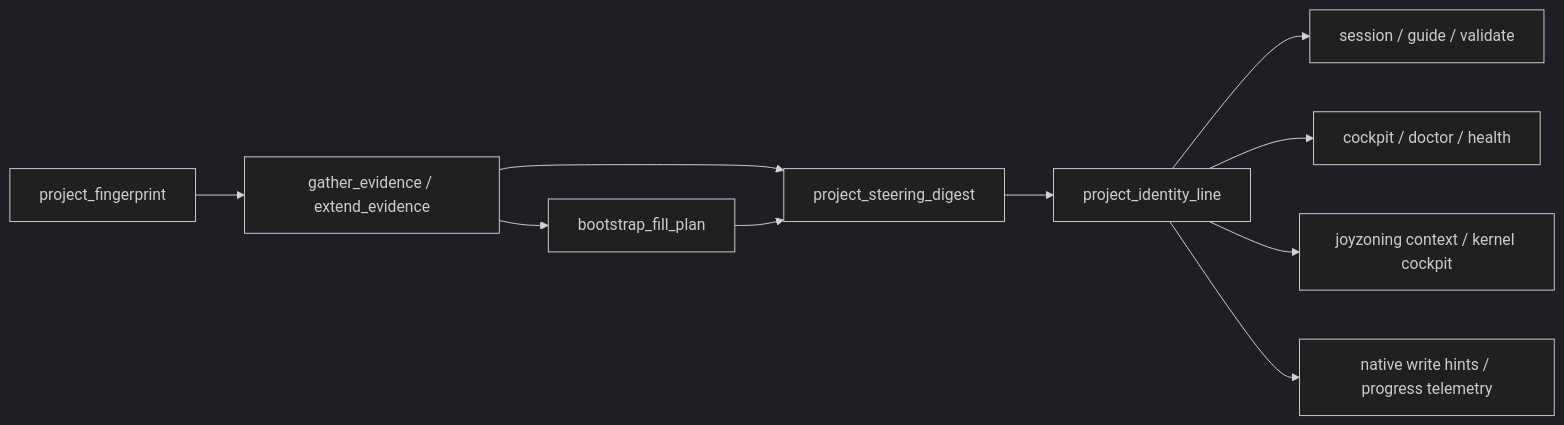
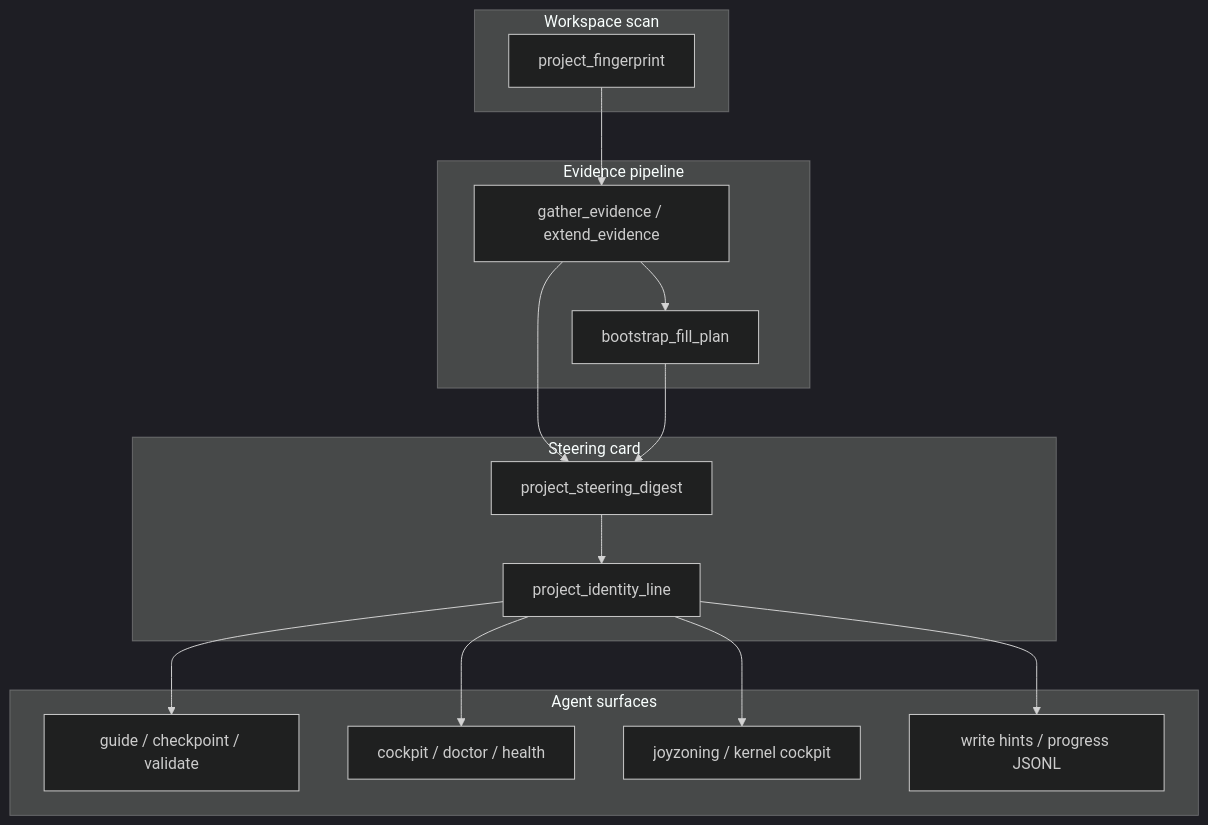
Before and after one commit to CardSorting/dietcode-plugin: the second of 2 diagrams in docs/roadmap.md, drawn with Mermaid (dark theme). The commit also changed other lines of this file and 7 other files, not shown here.

````diff
--- a/docs/roadmap.md
+++ b/docs/roadmap.md
@@ -58,12 +160,26 @@
 ```mermaid
-flowchart LR
-  FP[project_fingerprint] --> EV[gather_evidence / extend_evidence]
-  EV --> DIG[project_steering_digest]
-  DIG --> ID[project_identity_line]
-  EV --> BF[bootstrap_fill_plan]
+flowchart TB
+  subgraph scan [Workspace scan]
+    FP[project_fingerprint]
+  end
+  subgraph evidence [Evidence pipeline]
+    EV[gather_evidence / extend_evidence]
+    BF[bootstrap_fill_plan]
+  end
+  subgraph card [Steering card]
+    DIG[project_steering_digest]
+    ID[project_identity_line]
+  end
+  subgraph surfaces [Agent surfaces]
+    S1[guide / checkpoint / validate]
+    S2[cockpit / doctor / health]
+    S3[joyzoning / kernel cockpit]
+    S4[write hints / progress JSONL]
+  end
+  FP --> EV
+  EV --> DIG
+  EV --> BF
   BF --> DIG
-  ID --> S1[session / guide / validate]
-  ID --> S2[cockpit / doctor / health]
-  ID --> S3[joyzoning context / kernel cockpit]
-  ID --> S4[native write hints / progress telemetry]
+  DIG --> ID
+  ID --> S1 & S2 & S3 & S4
 ```
````
